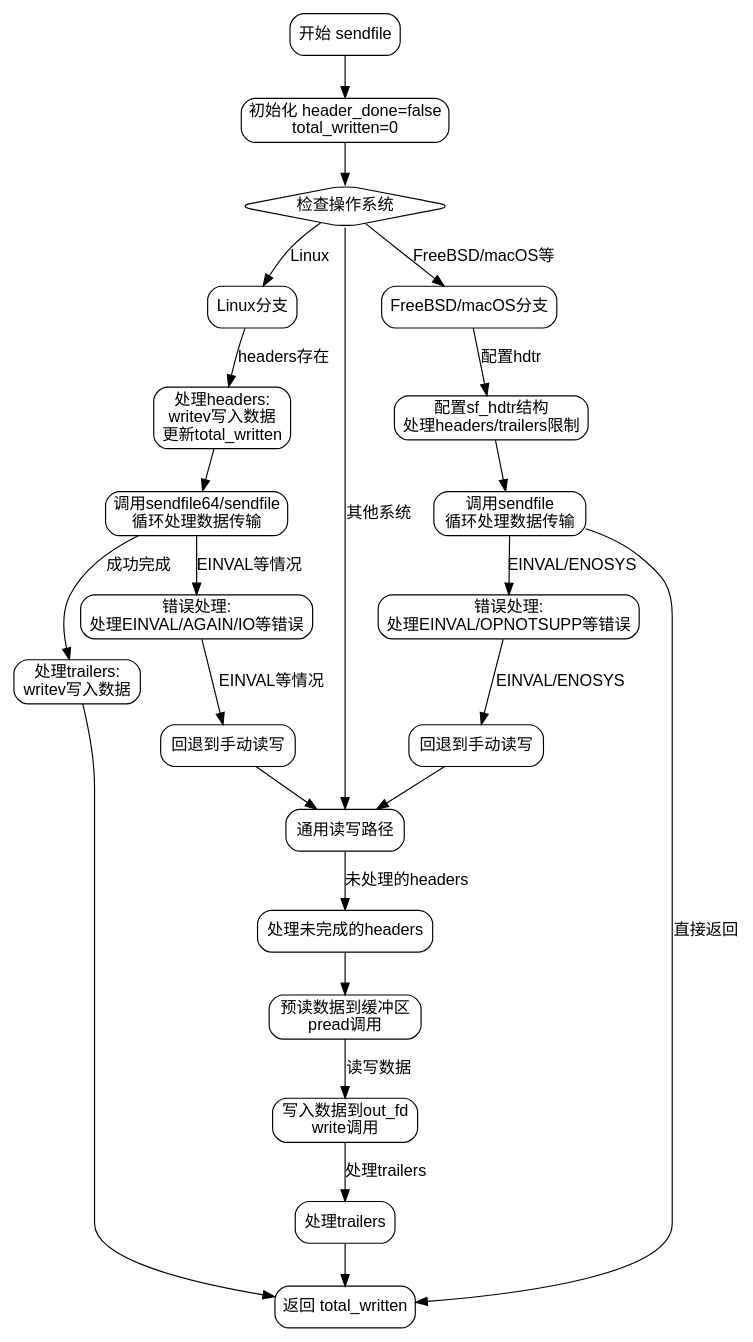
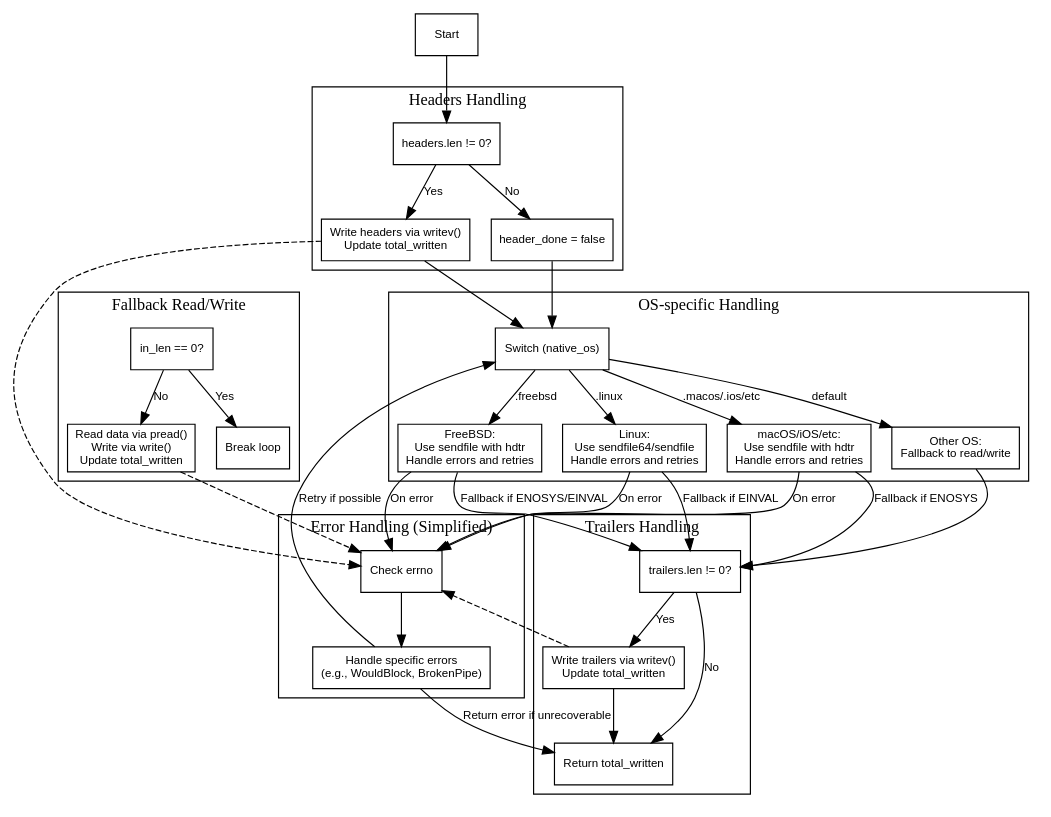
Before and after one commit to sdzx-1/deepseek-zig-reader: the diagram in dot_std/posix.zig.sendfile.md, drawn with Graphviz. The commit also changed other lines of this file and 236 other files, not shown here.

````diff
--- a/dot_std/posix.zig.sendfile.md
+++ b/dot_std/posix.zig.sendfile.md
@@ -17,64 +29,79 @@
 ```dot
-digraph flowchart {
-    node [shape=rectangle, style="rounded", fontname="Arial"];
-    edge [fontname="Arial"];
+digraph sendfile_flowchart {
+    node [shape=rectangle, fontname="Arial", fontsize=10];
+    edge [fontname="Arial", fontsize=10];
 
-    start [label="开始 sendfile"];
-    init_vars [label="初始化 header_done=false\ntotal_written=0"];
-    os_check [label="检查操作系统", shape=diamond];
+    start [label="Start"];
+    end [label="Return total_written"];
 
-    // Linux分支
-    linux_block [label="Linux分支"];
-    linux_headers [label="处理headers:\nwritev写入数据\n更新total_written"];
-    linux_sendfile [label="调用sendfile64/sendfile\n循环处理数据传输"];
-    linux_errors [label="错误处理:\n处理EINVAL/AGAIN/IO等错误"];
-    linux_fallback [label="回退到手动读写"];
-    linux_trailers [label="处理trailers:\nwritev写入数据"];
+    subgraph cluster_headers {
+        label="Headers Handling";
+        headers_check [label="headers.len != 0?"];
+        headers_writev [label="Write headers via writev()\nUpdate total_written"];
+        headers_check -> headers_writev [label="Yes"];
+        headers_check -> header_done_false [label="No"];
+        header_done_false [label="header_done = false"];
+    }
 
-    // FreeBSD分支
-    freebsd_block [label="FreeBSD/macOS分支"];
-    freebsd_hdtr [label="配置sf_hdtr结构\n处理headers/trailers限制"];
-    freebsd_sendfile [label="调用sendfile\n循环处理数据传输"];
-    freebsd_errors [label="错误处理:\n处理EINVAL/OPNOTSUPP等错误"];
-    freebsd_fallback [label="回退到手动读写"];
+    start -> headers_check;
 
-    // 通用回退路径
-    generic_block [label="通用读写路径"];
-    generic_headers [label="处理未完成的headers"];
-    generic_read [label="预读数据到缓冲区\npread调用"];
-    generic_write [label="写入数据到out_fd\nwrite调用"];
-    generic_trailers [label="处理trailers"];
+    subgraph cluster_os_switch {
+        label="OS-specific Handling";
+        os_switch [label="Switch (native_os)"];
+        linux [label="Linux:\nUse sendfile64/sendfile\nHandle errors and retries"];
+        freebsd [label="FreeBSD:\nUse sendfile with hdtr\nHandle errors and retries"];
+        macos [label="macOS/iOS/etc:\nUse sendfile with hdtr\nHandle errors and retries"];
+        fallback [label="Other OS:\nFallback to read/write"];
 
-    end [label="返回 total_written"];
+        os_switch -> linux [label=".linux"];
+        os_switch -> freebsd [label=".freebsd"];
+        os_switch -> macos [label=".macos/.ios/etc"];
+        os_switch -> fallback [label="default"];
+    }
 
-    // 主流程连接
-    start -> init_vars -> os_check;
-    
-    // Linux分支连接
-    os_check -> linux_block [label="Linux"];
-    linux_block -> linux_headers [label="headers存在"];
-    linux_headers -> linux_sendfile;
-    linux_sendfile -> linux_errors -> linux_fallback [label="EINVAL等情况"];
-    linux_sendfile -> linux_trailers [label="成功完成"];
-    linux_fallback -> generic_block;
+    headers_writev -> os_switch;
+    header_done_false -> os_switch;
 
-    // FreeBSD/macOS分支连接
-    os_check -> freebsd_block [label="FreeBSD/macOS等"];
-    freebsd_block -> freebsd_hdtr [label="配置hdtr"];
-    freebsd_hdtr -> freebsd_sendfile;
-    freebsd_sendfile -> freebsd_errors -> freebsd_fallback [label="EINVAL/ENOSYS"];
-    freebsd_fallback -> generic_block;
+    subgraph cluster_fallback {
+        label="Fallback Read/Write";
+        rw_block [label="Read data via pread()\nWrite via write()\nUpdate total_written"];
+        check_in_len [label="in_len == 0?"];
+        check_in_len -> rw_block [label="No"];
+        check_in_len -> break_rw [label="Yes"];
+        break_rw [label="Break loop"];
+    }
 
-    // 通用路径连接
-    os_check -> generic_block [label="其他系统"];
-    generic_block -> generic_headers [label="未处理的headers"];
-    generic_headers -> generic_read;
-    generic_read -> generic_write [label="读写数据"];
-    generic_write -> generic_trailers [label="处理trailers"];
-    
-    // 合并到结束
-    linux_trailers -> end;
-    freebsd_sendfile -> end [label="直接返回"];
-    generic_trailers -> end;
+    linux -> trailers_check [label="Fallback if EINVAL"];
+    freebsd -> trailers_check [label="Fallback if ENOSYS/EINVAL"];
+    macos -> trailers_check [label="Fallback if ENOSYS"];
+    fallback -> trailers_check;
+
+    subgraph cluster_trailers {
+        label="Trailers Handling";
+        trailers_check [label="trailers.len != 0?"];
+        trailers_writev [label="Write trailers via writev()\nUpdate total_written"];
+        trailers_check -> trailers_writev [label="Yes"];
+        trailers_check -> end [label="No"];
+    }
+
+    trailers_writev -> end;
+
+    subgraph cluster_error_handling {
+        label="Error Handling (Simplified)";
+        error_check [label="Check errno"];
+        handle_errors [label="Handle specific errors\n(e.g., WouldBlock, BrokenPipe)"];
+        error_check -> handle_errors;
+    }
+
+    linux -> error_check [label="On error"];
+    freebsd -> error_check [label="On error"];
+    macos -> error_check [label="On error"];
+    handle_errors -> end [label="Return error if unrecoverable"];
+    handle_errors -> os_switch [label="Retry if possible"];
+
+    edge [style=dashed];
+    headers_writev -> error_check;
+    trailers_writev -> error_check;
+    rw_block -> error_check;
 }
 ``` 
````
